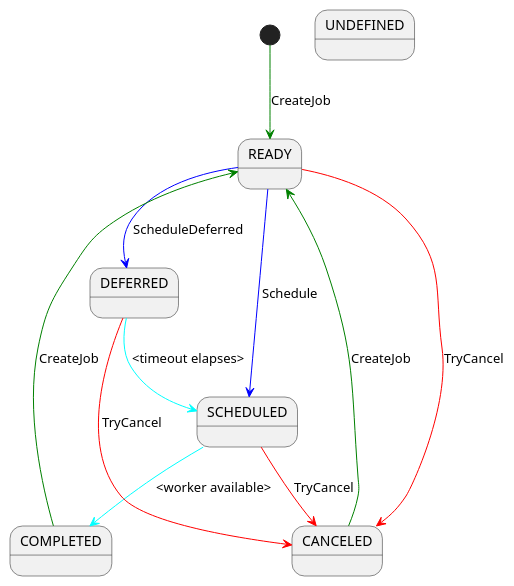
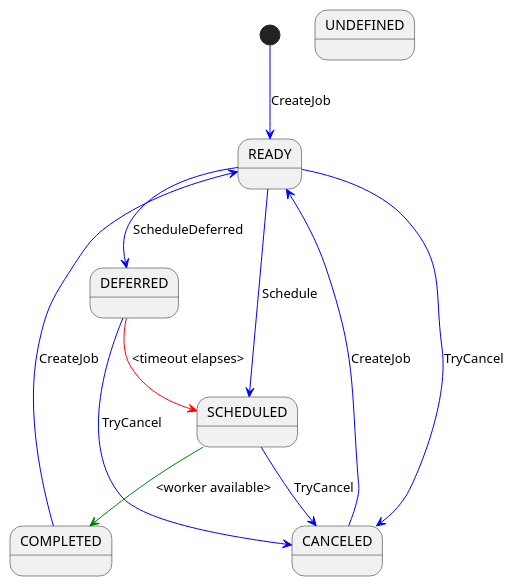
One commit to aws/aws-iot-device-sdk-embedded-C changed the diagram in doc/plantuml/StaticJobStatus.pu. Above: the diagram before and after it, drawn with PlantUML. The commit also changed 6 other files, not shown here.

```diff
--- a/doc/plantuml/StaticJobStatus.pu
+++ b/doc/plantuml/StaticJobStatus.pu
@@ -1,32 +1,32 @@
 @startuml
 
 skinparam classFontSize 8
 skinparam classFontName Helvetica
 
 state READY {
 }
 state SCHEDULED {
 }
 state DEFERRED {
 }
 state COMPLETED {
 }
 state CANCELED {
 }
 state UNDEFINED {
 }
 
-[*] --[#green]> READY : CreateJob
+[*] --[#blue]> READY : CreateJob
 READY --[#blue]> SCHEDULED : Schedule
 READY --[#blue]> DEFERRED : ScheduleDeferred
-DEFERRED --[#cyan]> SCHEDULED : <timeout elapses>
-SCHEDULED --[#cyan]> COMPLETED : <worker available>
-COMPLETED --[#green]> READY : CreateJob
+DEFERRED --[#red]> SCHEDULED : <timeout elapses>
+SCHEDULED --[#green]> COMPLETED : <worker available>
+COMPLETED --[#blue]> READY : CreateJob
 
-READY --[#red]> CANCELED : TryCancel
-DEFERRED --[#red]> CANCELED : TryCancel
-SCHEDULED --[#red]> CANCELED : TryCancel
+READY --[#blue]> CANCELED : TryCancel
+DEFERRED --[#blue]> CANCELED : TryCancel
+SCHEDULED --[#blue]> CANCELED : TryCancel
 
-CANCELED --[#green]> READY : CreateJob
+CANCELED --[#blue]> READY : CreateJob
 
 @enduml
```
